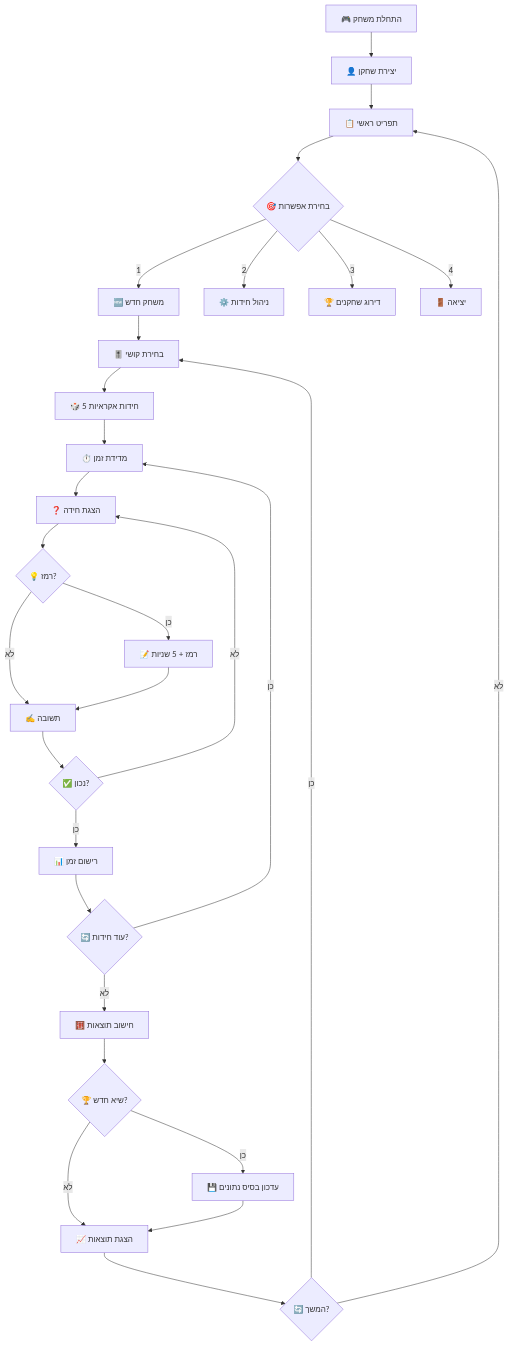
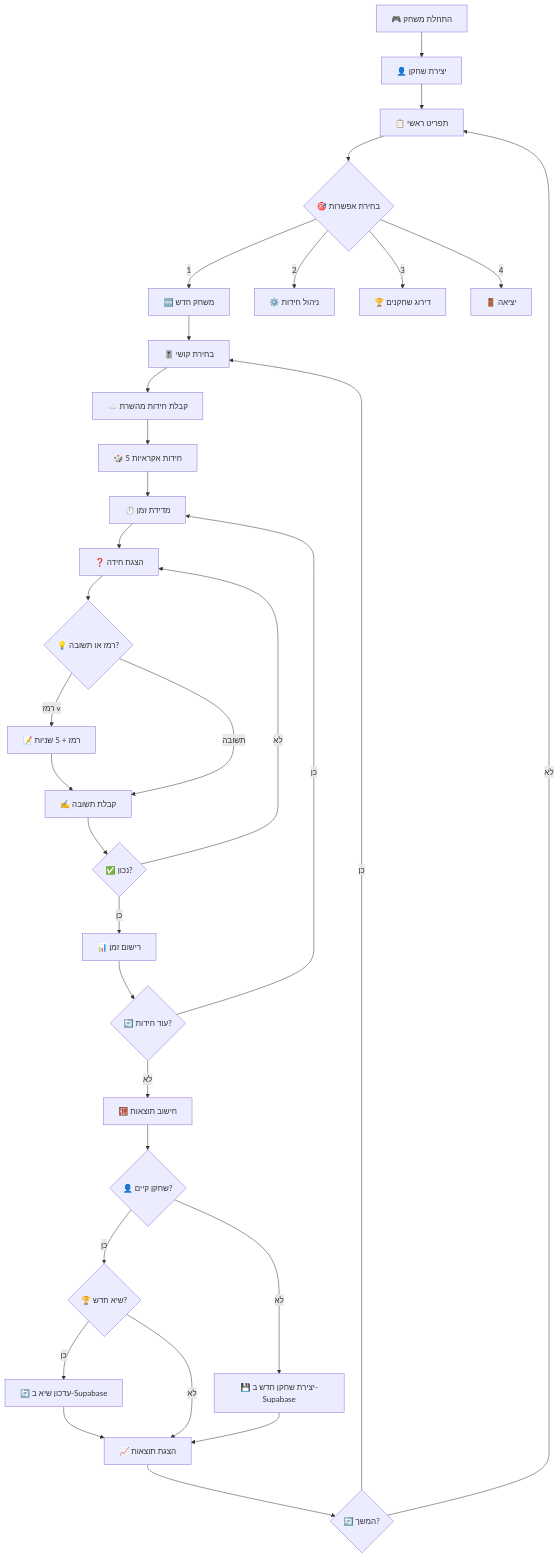
One commit to elazarmatan/riddles_project changed the diagram in README.md. Above: the diagram before and after it, drawn with Mermaid. The commit also changed other lines of this file, not shown here.

````diff
--- a/README.md
+++ b/README.md
@@ -216,38 +267,43 @@
 ```mermaid
 flowchart TD
     A[🎮 התחלת משחק] --> B[👤 יצירת שחקן]
     B --> C[📋 תפריט ראשי]
     C --> D{🎯 בחירת אפשרות}
     
     D -->|1| E[🆕 משחק חדש]
     D -->|2| F[⚙️ ניהול חידות]
     D -->|3| G[🏆 דירוג שחקנים]
     D -->|4| H[🚪 יציאה]
     
     E --> I[🎚️ בחירת קושי]
-    I --> J[🎲 5 חידות אקראיות]
-    J --> K[⏱️ מדידת זמן]
-    K --> L[❓ הצגת חידה]
-    L --> M{💡 רמז?}
+    I --> J[☁️ קבלת חידות מהשרת]
+    J --> K[🎲 5 חידות אקראיות]
+    K --> L[⏱️ מדידת זמן]
+    L --> M[❓ הצגת חידה]
+    M --> N{💡 רמז או תשובה?}
     
-    M -->|כן| N[📝 רמז + 5 שניות]
-    M -->|לא| O[✍️ תשובה]
-    N --> O
+    N -->|רמז v| O[📝 רמז + 5 שניות]
+    N -->|תשובה| P[✍️ קבלת תשובה]
+    O --> P
     
-    O --> P{✅ נכון?}
-    P -->|לא| L
-    P -->|כן| Q[📊 רישום זמן]
+    P --> Q{✅ נכון?}
+    Q -->|לא| M
+    Q -->|כן| R[📊 רישום זמן]
     
-    Q --> R{🔄 עוד חידות?}
-    R -->|כן| K
-    R -->|לא| S[🧮 חישוב תוצאות]
+    R --> S{🔄 עוד חידות?}
+    S -->|כן| L
+    S -->|לא| T[🧮 חישוב תוצאות]
     
-    S --> T{🏆 שיא חדש?}
-    T -->|כן| U[💾 עדכון בסיס נתונים]
-    T -->|לא| V[📈 הצגת תוצאות]
-    U --> V
+    T --> U{👤 שחקן קיים?}
+    U -->|כן| V{🏆 שיא חדש?}
+    U -->|לא| W[💾 יצירת שחקן חדש ב-Supabase]
     
-    V --> W{🔄 המשך?}
-    W -->|כן| I
-    W -->|לא| C
+    V -->|כן| X[🔄 עדכון שיא ב-Supabase]
+    V -->|לא| Y[📈 הצגת תוצאות]
+    W --> Y
+    X --> Y
+    
+    Y --> Z{🔄 המשך?}
+    Z -->|כן| I
+    Z -->|לא| C
 ```
````
